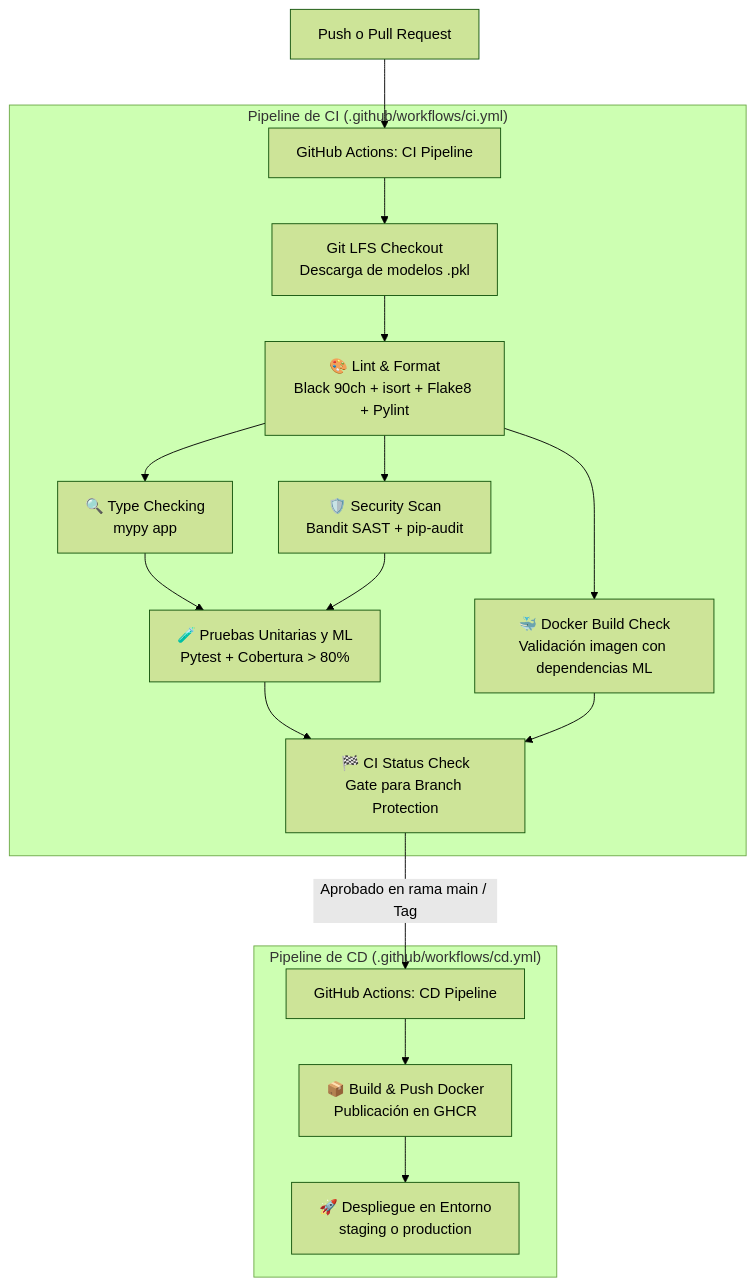
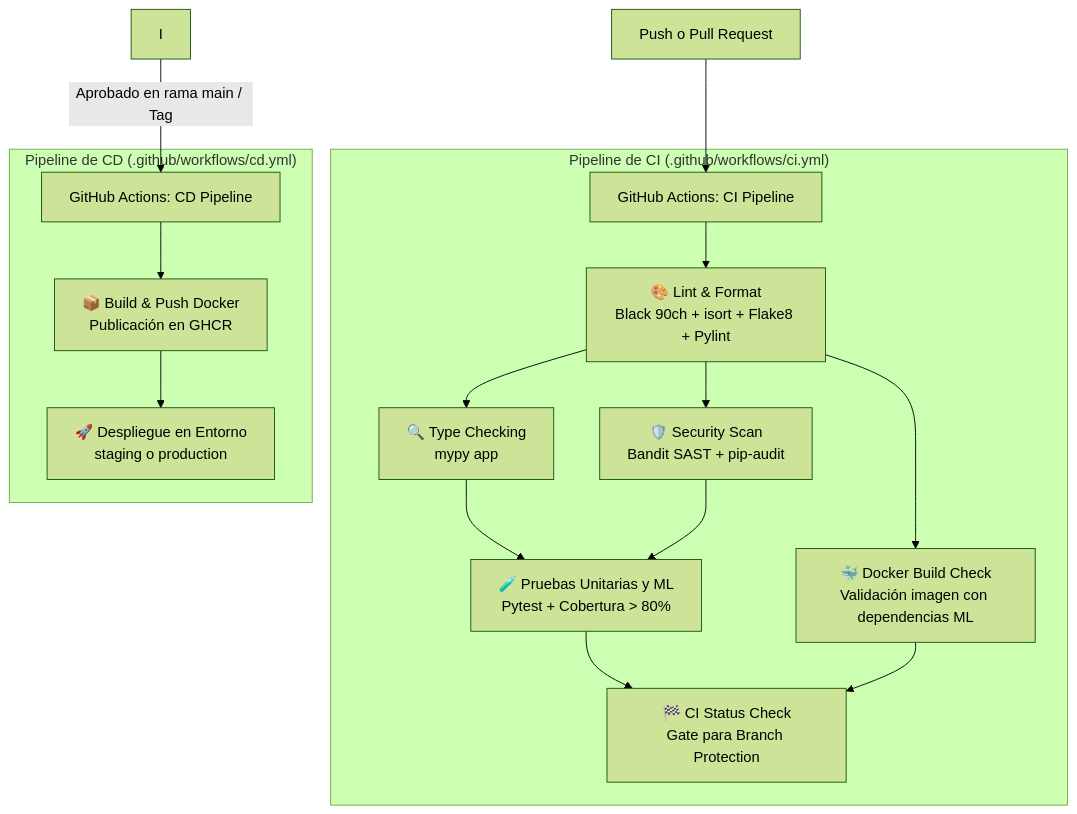
The diagram in README.md (JPinzonJVC/Reto-Estud-IA), drawn with Mermaid (forest theme) before and after one commit. The commit also changed other lines of this file and 5 other files, not shown here.

Commit message:
fix: exclusion de modelos ML de git y eliminacion de git lfs

````diff
--- a/README.md
+++ b/README.md
@@ -101,20 +100,19 @@
 ```mermaid
 flowchart TD
     A[Push o Pull Request] --> B[GitHub Actions: CI Pipeline]
     subgraph CI["Pipeline de CI (.github/workflows/ci.yml)"]
-        B --> C[Git LFS Checkout<br/>Descarga de modelos .pkl]
-        C --> D[🎨 Lint & Format<br/>Black 90ch + isort + Flake8 + Pylint]
-        D --> E[🔍 Type Checking<br/>mypy app]
-        D --> F[🛡️ Security Scan<br/>Bandit SAST + pip-audit]
-        E --> G[🧪 Pruebas Unitarias y ML<br/>Pytest + Cobertura > 80%]
-        F --> G
-        D --> H[🐳 Docker Build Check<br/>Validación imagen con dependencias ML]
-        G --> I[🏁 CI Status Check<br/>Gate para Branch Protection]
-        H --> I
+        B --> C[🎨 Lint & Format<br/>Black 90ch + isort + Flake8 + Pylint]
+        C --> D[🔍 Type Checking<br/>mypy app]
+        C --> E[🛡️ Security Scan<br/>Bandit SAST + pip-audit]
+        D --> F[🧪 Pruebas Unitarias y ML<br/>Pytest + Cobertura > 80%]
+        E --> F
+        C --> G[🐳 Docker Build Check<br/>Validación imagen con dependencias ML]
+        F --> H[🏁 CI Status Check<br/>Gate para Branch Protection]
+        G --> H
     end
     I -->|Aprobado en rama main / Tag| J[GitHub Actions: CD Pipeline]
     subgraph CD["Pipeline de CD (.github/workflows/cd.yml)"]
         J --> K[📦 Build & Push Docker<br/>Publicación en GHCR]
         K --> L[🚀 Despliegue en Entorno<br/>staging o production]
     end
 ```
````
